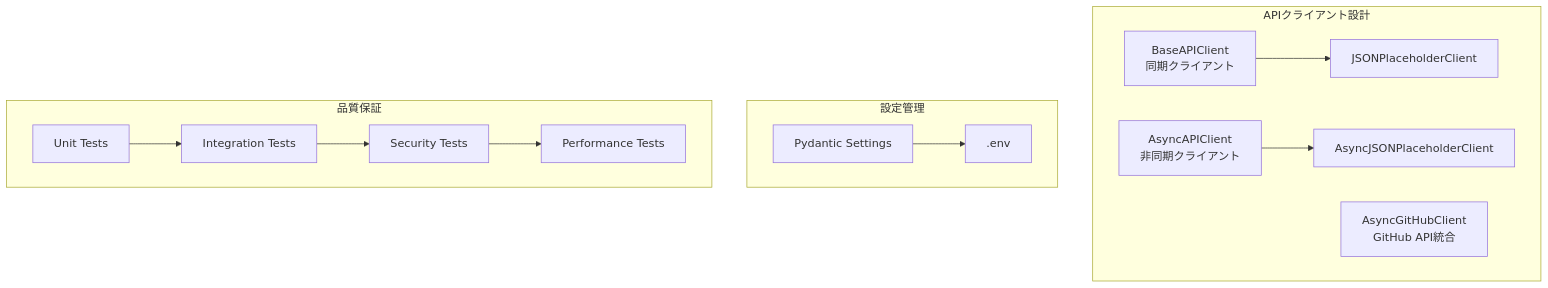
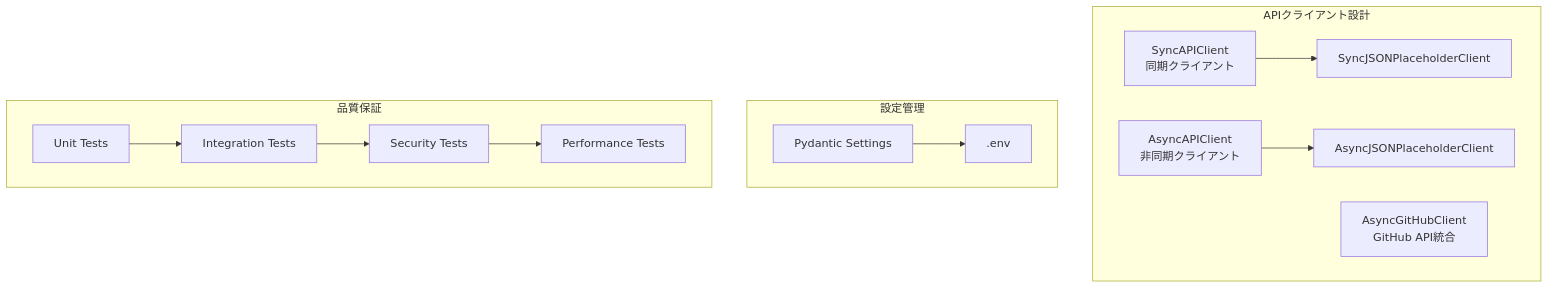
One commit to yaoki-dev/api-test-devops-portfolio changed the first of 3 diagrams in README.md. Above: the diagram before and after it, drawn with Mermaid. The commit also changed other lines of this file and 3 other files, not shown here.

````diff
--- a/README.md
+++ b/README.md
@@ -198,20 +198,20 @@
 ```mermaid
 graph TB
     subgraph "APIクライアント設計"
-        BC[BaseAPIClient<br/>同期クライアント]
-        BC --> JP[JSONPlaceholderClient]
+        BC[SyncAPIClient<br/>同期クライアント]
+        BC --> JP[SyncJSONPlaceholderClient]
         AC[AsyncAPIClient<br/>非同期クライアント]
         AC --> AJP[AsyncJSONPlaceholderClient]
         AGH[AsyncGitHubClient<br/>GitHub API統合]
     end
 
     subgraph "設定管理"
         PS[Pydantic Settings] --> ENV[.env]
     end
 
     subgraph "品質保証"
         UT[Unit Tests] --> IT[Integration Tests]
         IT --> SEC[Security Tests]
         SEC --> PERF[Performance Tests]
     end
 ```
````
